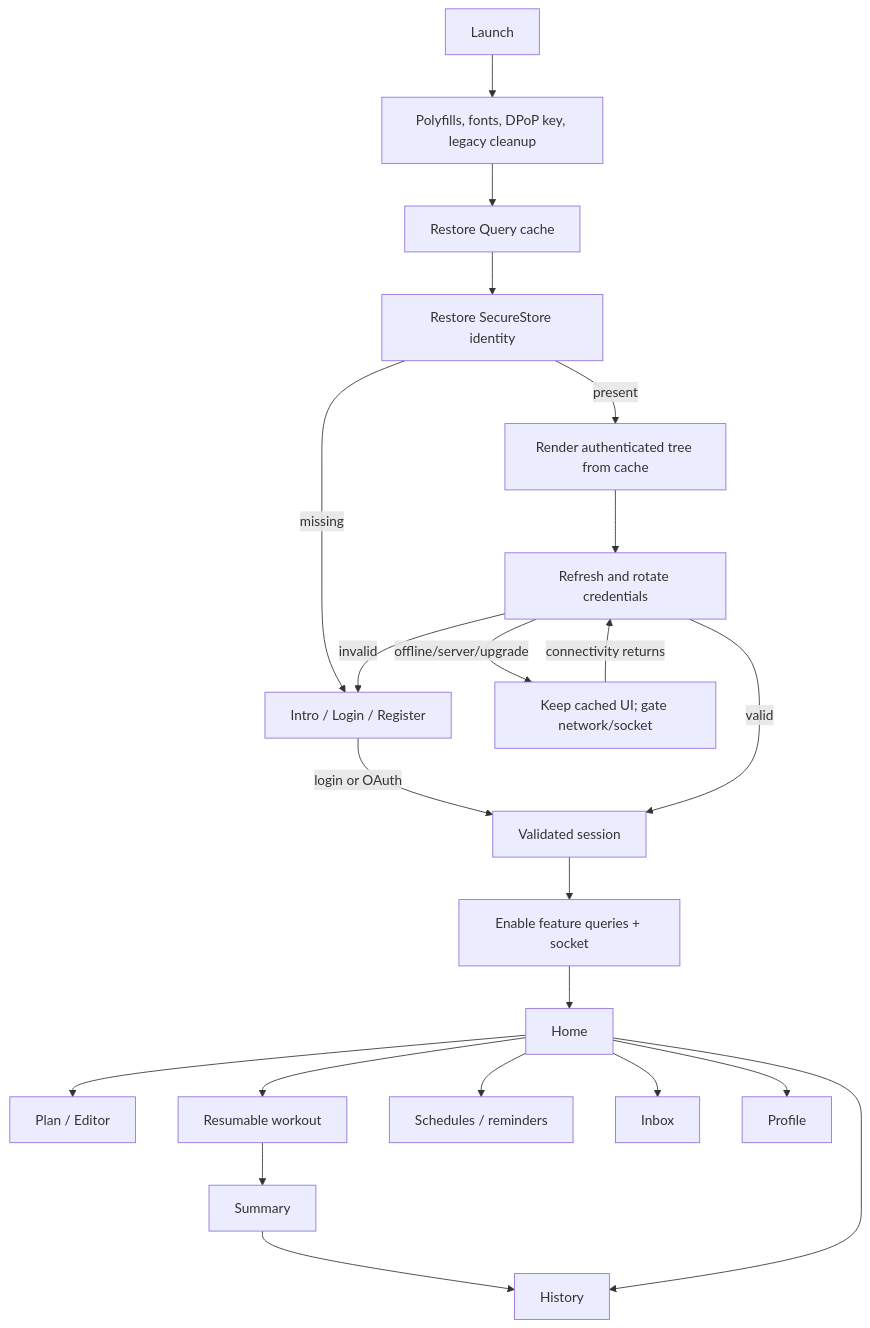
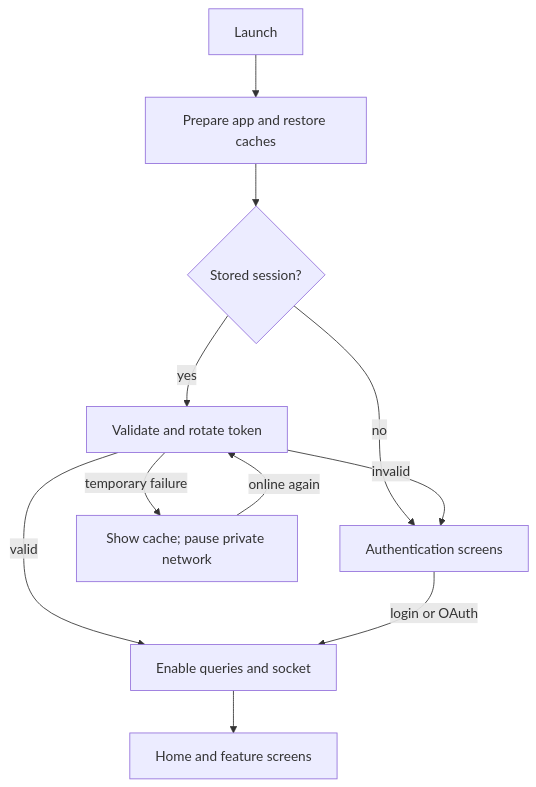
Before and after one commit to kobihanoch/Strong-Together-App: the third of 3 diagrams in docs/c4-architecture-overview.md, drawn with Mermaid. The commit also changed other lines of this file and 21 other files, not shown here.

````diff
--- a/docs/c4-architecture-overview.md
+++ b/docs/c4-architecture-overview.md
@@ -64,24 +43,13 @@
 ```mermaid
 flowchart TD
-    Launch --> Boot[Polyfills, fonts, DPoP key, legacy cleanup]
-    Boot --> Hydrate[Restore Query cache]
-    Hydrate --> Check[Restore SecureStore identity]
-    Check -->|missing| Guest[Intro / Login / Register]
-    Check -->|present| Cached[Render authenticated tree from cache]
-    Guest -->|login or OAuth| Validated[Validated session]
-    Cached --> Refresh[Refresh and rotate credentials]
-    Refresh -->|valid| Validated
-    Refresh -->|offline/server/upgrade| Offline[Keep cached UI; gate network/socket]
-    Refresh -->|invalid| Guest
-    Offline -->|connectivity returns| Refresh
-    Validated --> Features[Enable feature queries + socket]
-    Features --> Home
-    Home --> Plan[Plan / Editor]
-    Home --> Session[Resumable workout]
-    Session --> Summary
-    Summary --> History
-    Home --> History
-    Home --> Schedule[Schedules / reminders]
-    Home --> Inbox
-    Home --> Profile
+    Launch --> Boot[Prepare app and restore caches]
+    Boot --> Session{Stored session?}
+    Session -->|no| Guest[Authentication screens]
+    Session -->|yes| Validate[Validate and rotate token]
+    Validate -->|valid| Online[Enable queries and socket]
+    Validate -->|temporary failure| Offline[Show cache; pause private network]
+    Validate -->|invalid| Guest
+    Offline -->|online again| Validate
+    Guest -->|login or OAuth| Online
+    Online --> App[Home and feature screens]
 ```
````
